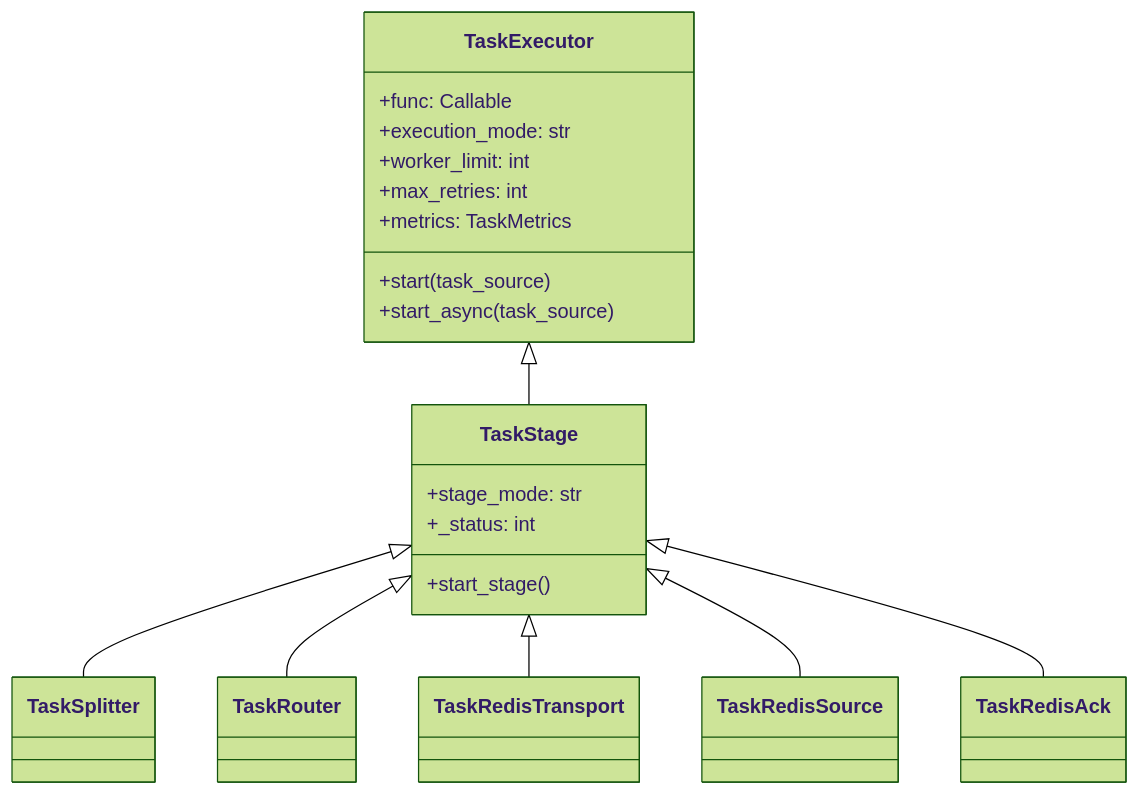
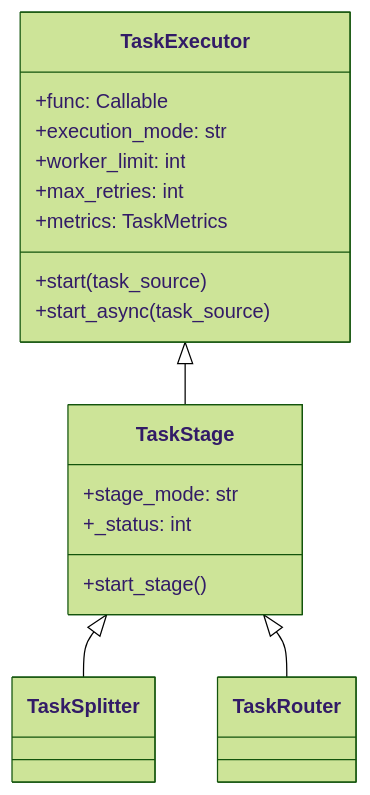
Before and after one commit to Mr-xiaotian/CelestialFlow: the second of 9 diagrams in docs/zh-CN/presentation.md, drawn with Mermaid (forest theme). The commit also changed other lines of this file and 6 other files, not shown here.

````diff
--- a/docs/zh-CN/presentation.md
+++ b/docs/zh-CN/presentation.md
@@ -140,25 +140,21 @@
 ```mermaid
 classDiagram
     TaskExecutor <|-- TaskStage
     TaskStage <|-- TaskSplitter
     TaskStage <|-- TaskRouter
-    TaskStage <|-- TaskRedisTransport
-    TaskStage <|-- TaskRedisSource
-    TaskStage <|-- TaskRedisAck
-
     class TaskExecutor {
         +func: Callable
         +execution_mode: str
         +worker_limit: int
         +max_retries: int
         +metrics: TaskMetrics
         +start(task_source)
         +start_async(task_source)
     }
 
     class TaskStage {
         +stage_mode: str
         +_status: int
         +start_stage()
     }
 ```
````
